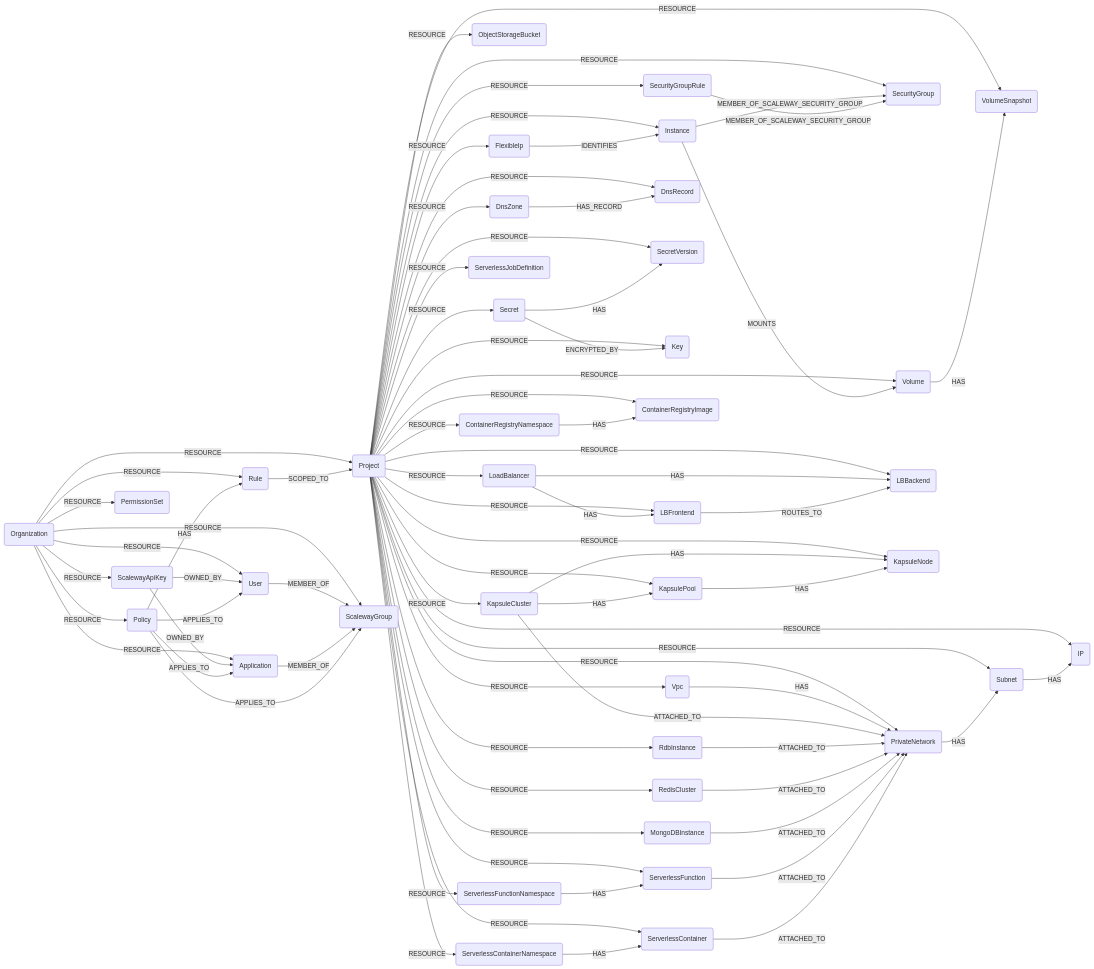
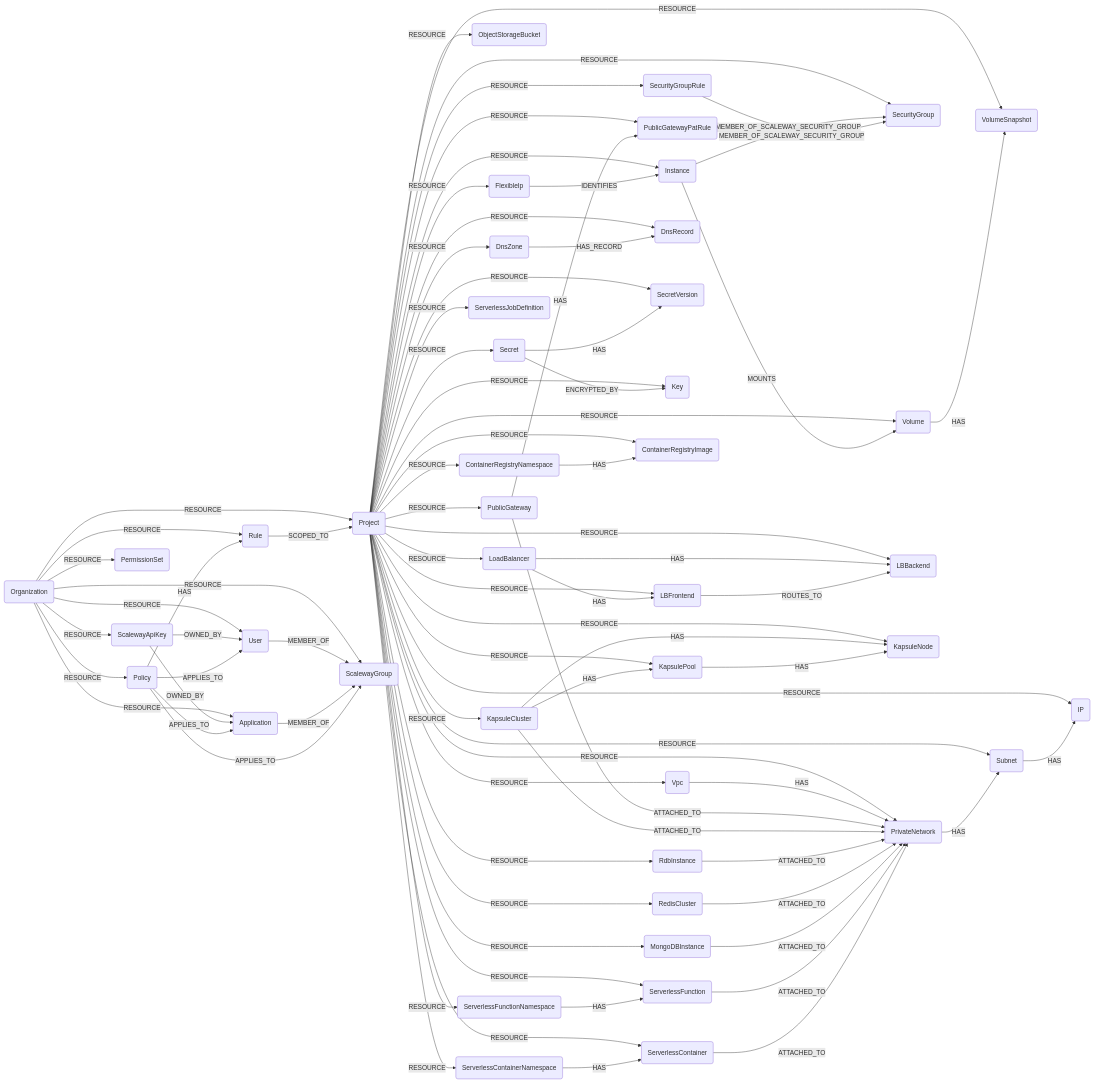
The diagram in docs/root/modules/scaleway/schema.md (cartography-cncf/cartography), drawn with Mermaid before and after one commit. The commit also changed other lines of this file and 6 other files, not shown here.

First line of the commit message:
feat(scaleway): add Public Gateway coverage (NAT + PAT rules)

````diff
--- a/docs/root/modules/scaleway/schema.md
+++ b/docs/root/modules/scaleway/schema.md
@@ -3,78 +3,82 @@
 ```mermaid
 graph LR
 ORG(Organization) -- RESOURCE --> PRJ(Project)
 ORG -- RESOURCE --> APP(Application)
 ORG -- RESOURCE --> USR(User)
 ORG -- RESOURCE --> GRP(ScalewayGroup)
 ORG -- RESOURCE --> APIKEY(ScalewayApiKey)
 ORG -- RESOURCE --> POL(Policy)
 ORG -- RESOURCE --> RULE(Rule)
 ORG -- RESOURCE --> PS(PermissionSet)
 PRJ -- RESOURCE --> INS(Instance)
 PRJ -- RESOURCE --> FIP(FlexibleIp)
 PRJ -- RESOURCE --> VOL(Volume)
 PRJ -- RESOURCE --> SNAP(VolumeSnapshot)
 PRJ -- RESOURCE --> SG(SecurityGroup)
 PRJ -- RESOURCE --> SGR(SecurityGroupRule)
 PRJ -- RESOURCE --> BKT(ObjectStorageBucket)
 PRJ -- RESOURCE --> VPC(Vpc)
 PRJ -- RESOURCE --> PN(PrivateNetwork)
 PRJ -- RESOURCE --> SUB(Subnet)
 PRJ -- RESOURCE --> IP(IP)
+PRJ -- RESOURCE --> PGW(PublicGateway)
+PRJ -- RESOURCE --> PAT(PublicGatewayPatRule)
 PRJ -- RESOURCE --> LB(LoadBalancer)
 PRJ -- RESOURCE --> FE(LBFrontend)
 PRJ -- RESOURCE --> BE(LBBackend)
 PRJ -- RESOURCE --> DZ(DnsZone)
 PRJ -- RESOURCE --> DR(DnsRecord)
 PRJ -- RESOURCE --> SEC(Secret)
 PRJ -- RESOURCE --> SV(SecretVersion)
 PRJ -- RESOURCE --> KEY(Key)
 PRJ -- RESOURCE --> KC(KapsuleCluster)
 PRJ -- RESOURCE --> KP(KapsulePool)
 PRJ -- RESOURCE --> KN(KapsuleNode)
 PRJ -- RESOURCE --> CRN(ContainerRegistryNamespace)
 PRJ -- RESOURCE --> CRI(ContainerRegistryImage)
 PRJ -- RESOURCE --> RDB(RdbInstance)
 PRJ -- RESOURCE --> RC(RedisCluster)
 PRJ -- RESOURCE --> MGO(MongoDBInstance)
 PRJ -- RESOURCE --> SFN(ServerlessFunctionNamespace)
 PRJ -- RESOURCE --> SF(ServerlessFunction)
 PRJ -- RESOURCE --> SCN(ServerlessContainerNamespace)
 PRJ -- RESOURCE --> SC(ServerlessContainer)
 PRJ -- RESOURCE --> SJ(ServerlessJobDefinition)
 INS -- MOUNTS --> VOL
 INS -- MEMBER_OF_SCALEWAY_SECURITY_GROUP --> SG
 SGR -- MEMBER_OF_SCALEWAY_SECURITY_GROUP --> SG
 FIP -- IDENTIFIES --> INS
 VOL -- HAS --> SNAP
 VPC -- HAS --> PN
 PN -- HAS --> SUB
 SUB -- HAS --> IP
+PGW -- ATTACHED_TO --> PN
+PGW -- HAS --> PAT
 LB -- HAS --> FE
 LB -- HAS --> BE
 FE -- ROUTES_TO --> BE
 DZ -- HAS_RECORD --> DR
 SEC -- HAS --> SV
 SEC -- ENCRYPTED_BY --> KEY
 KC -- HAS --> KP
 KC -- HAS --> KN
 KP -- HAS --> KN
 KC -- ATTACHED_TO --> PN
 CRN -- HAS --> CRI
 RDB -- ATTACHED_TO --> PN
 RC -- ATTACHED_TO --> PN
 MGO -- ATTACHED_TO --> PN
 SFN -- HAS --> SF
 SCN -- HAS --> SC
 SF -- ATTACHED_TO --> PN
 SC -- ATTACHED_TO --> PN
 USR -- MEMBER_OF --> GRP(ScalewayGroup)
 APIKEY(ScalewayApiKey) -- OWNED_BY --> USR
 APP -- MEMBER_OF --> GRP(ScalewayGroup)
 APIKEY -- OWNED_BY --> APP
 POL -- APPLIES_TO --> USR
 POL -- APPLIES_TO --> GRP
 POL -- APPLIES_TO --> APP
 POL -- HAS --> RULE(Rule)
 RULE -- SCOPED_TO --> PRJ
 ```
````
